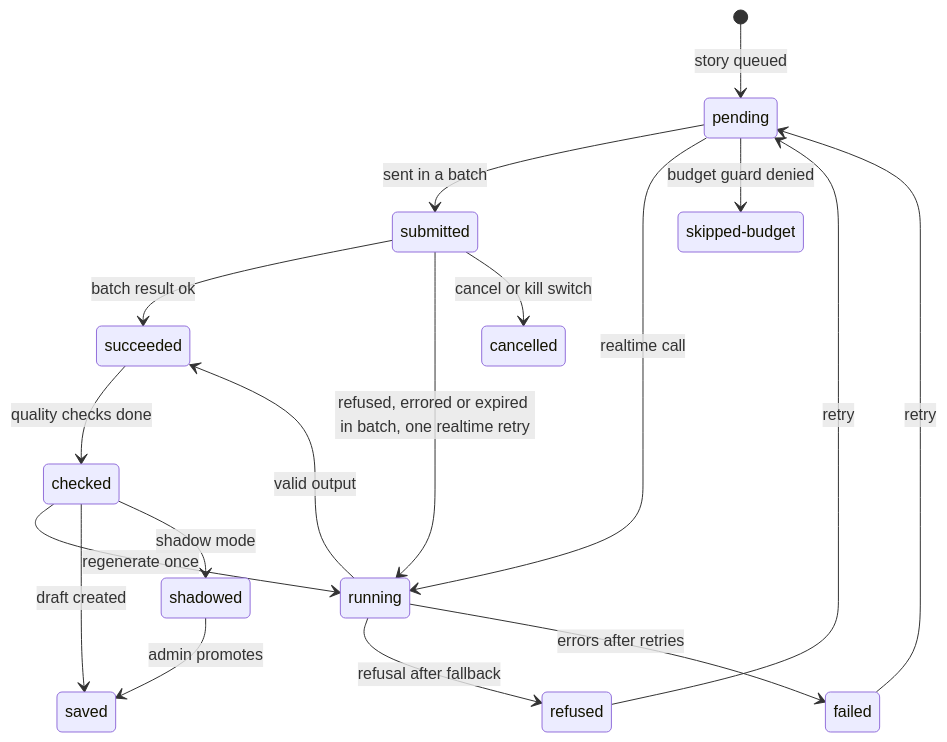
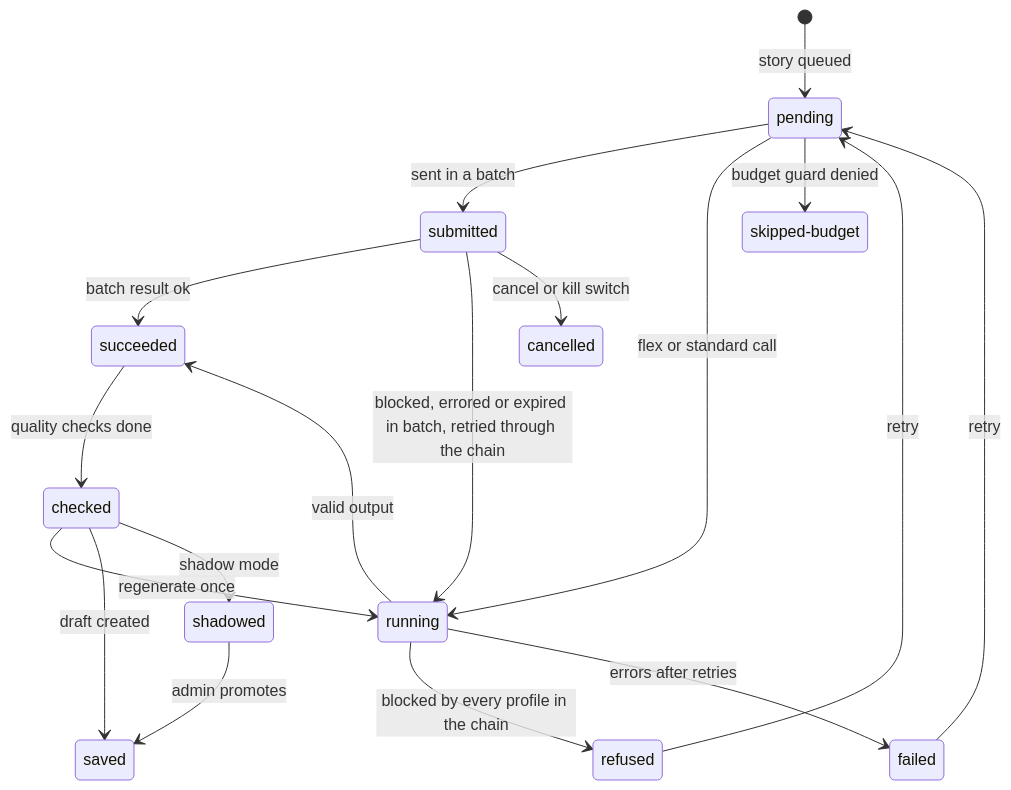
Diagram 17 of 20 in docs/ai-news-automation-plan.md (foysalahmedmin/z-news), drawn with Mermaid before and after one commit. The commit also changed other lines of this file, not shown here.

````diff
--- a/docs/ai-news-automation-plan.md
+++ b/docs/ai-news-automation-plan.md
@@ -1436,21 +1467,21 @@
 ```mermaid
 stateDiagram-v2
     state "skipped-budget" as SkippedBudget
     [*] --> pending: story queued
     pending --> submitted: sent in a batch
-    pending --> running: realtime call
+    pending --> running: flex or standard call
     pending --> SkippedBudget: budget guard denied
     submitted --> succeeded: batch result ok
-    submitted --> running: refused, errored or expired in batch, one realtime retry
+    submitted --> running: blocked, errored or expired in batch, retried through the chain
     submitted --> cancelled: cancel or kill switch
     running --> succeeded: valid output
-    running --> refused: refusal after fallback
+    running --> refused: blocked by every profile in the chain
     running --> failed: errors after retries
     succeeded --> checked: quality checks done
     checked --> running: regenerate once
     checked --> saved: draft created
     checked --> shadowed: shadow mode
     shadowed --> saved: admin promotes
     failed --> pending: retry
     refused --> pending: retry
 ```
````
